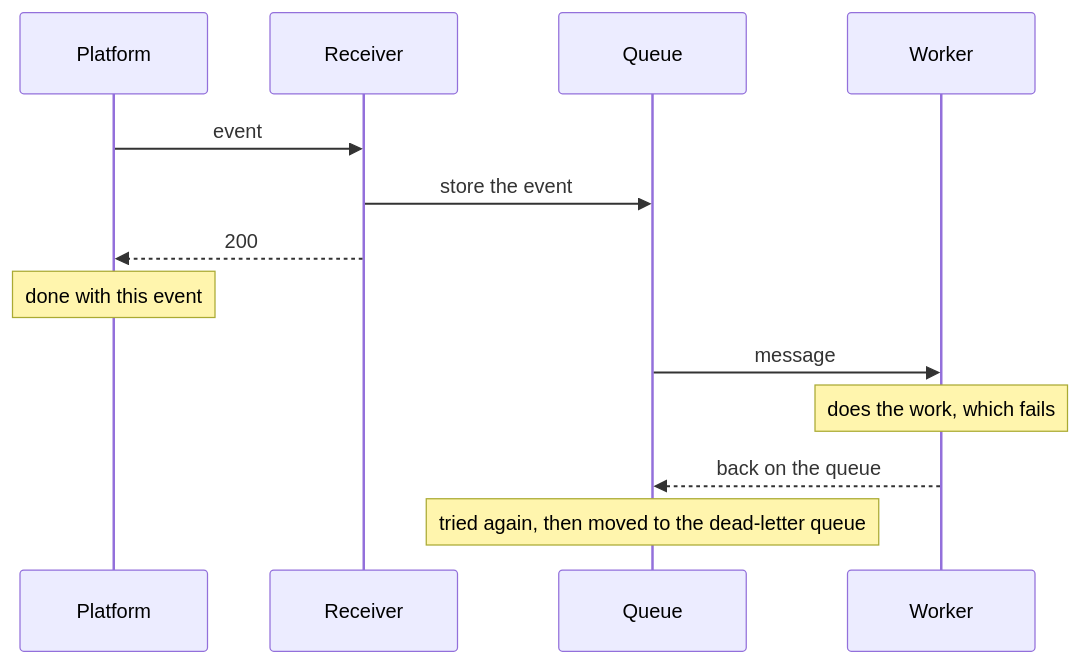
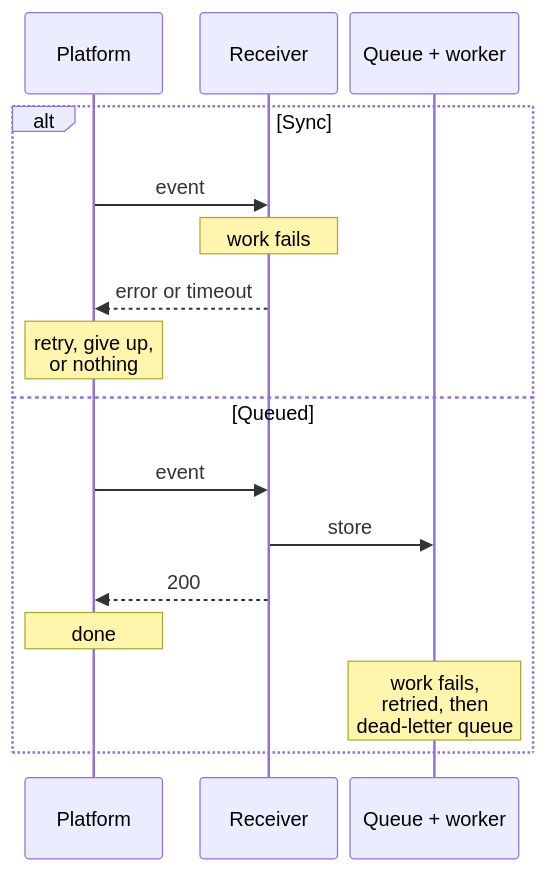
The third of 4 diagrams in docs/notes/webhooks-sync-or-queue/index.md (jacoblindev/jacoblindev.github.io), drawn with Mermaid before and after one commit. The commit also changed other lines of this file, not shown here.

Commit message:
Post: one sequence diagram for who owns the retry
The sync and queued sequences merge into one 3-column diagram with an alt
frame, short labels and narrower columns, so it stays legible on a phone.

````diff
--- a/docs/notes/webhooks-sync-or-queue/index.md
+++ b/docs/notes/webhooks-sync-or-queue/index.md
@@ -165,17 +153,28 @@
 ```mermaid
+---
+config:
+  sequence:
+    actorMargin: 10
+    width: 110
+    noteMargin: 6
+    messageMargin: 30
+---
 sequenceDiagram
-    accTitle: Queued: you own the retry
-    accDescr: The platform sends the event. The receiver stores it on the queue and answers 200, and the platform is done. A worker takes the message, the work fails, and the message goes back to the queue to be tried again, then to the dead-letter queue.
+    accTitle: Who owns the retry, in each design
+    accDescr: In the sync design the receiver does the work inside the request; when it fails, the receiver answers with an error or times out, and the platform decides whether to retry, give up or do nothing. In the queued design the receiver stores the event and answers 200, so the platform is done; when the work fails, the message is retried from the queue and then moved to the dead-letter queue.
     participant P as Platform
     participant R as Receiver
-    participant Q as Queue
-    participant W as Worker
-    P->>R: event
-    R->>Q: store the event
-    R-->>P: 200
-    Note over P: done with this event
-    Q->>W: message
-    Note over W: does the work, which fails
-    W-->>Q: back on the queue
-    Note over Q: tried again, then moved to the dead-letter queue
+    participant Q as Queue + worker
+    alt Sync
+        P->>R: event
+        Note over R: work fails
+        R-->>P: error or timeout
+        Note over P: retry, give up,<br/>or nothing
+    else Queued
+        P->>R: event
+        R->>Q: store
+        R-->>P: 200
+        Note over P: done
+        Note over Q: work fails,<br/>retried, then<br/>dead-letter queue
+    end
 ```
````
